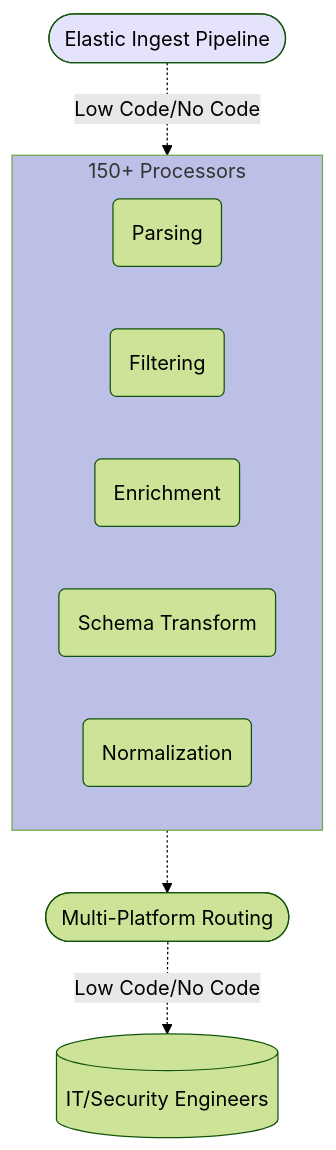
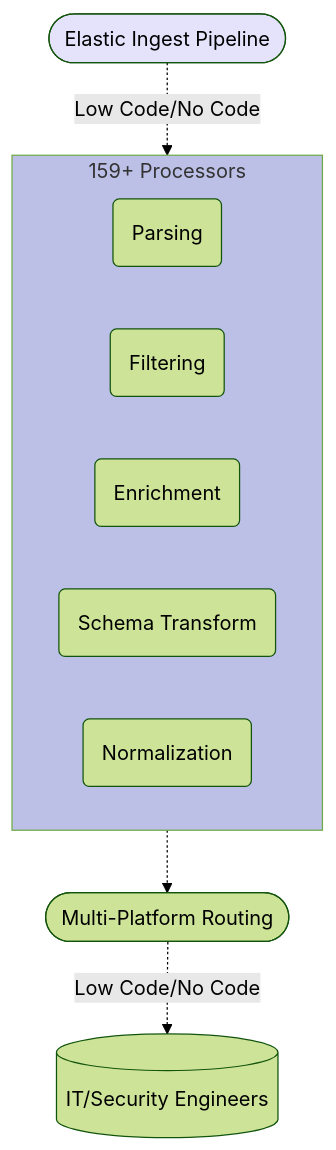
Before and after one commit to VirtualMetric/virtualmetric-docs: the seventh of 8 diagrams in docs/about/key-features.mdx, drawn with Mermaid (forest theme). The commit also changed other lines of this file, not shown here.

Commit message:
Update key features documentation to reflect increase in processor count from 150 to 159

````diff
--- a/docs/about/key-features.mdx
+++ b/docs/about/key-features.mdx
@@ -266,19 +266,19 @@
 ```mermaid
 graph TD
     EIP([Elastic Ingest Pipeline])
     
-    subgraph Processors[150+ Processors]
+    subgraph Processors[159+ Processors]
         P1(Parsing)
         P2(Filtering)
         P3(Enrichment)
         P4(Schema Transform)
         P5(Normalization)
     end
     
     EIP -.-> |Low Code/No Code| Processors
     Processors -.-> Routing([Multi-Platform Routing])
     Routing -.->  |Low Code/No Code| Engineers[(IT/Security Engineers)]
     
     style EIP fill:#E5E2FB
     style Processors fill:#BCC0E7
 ```
````
